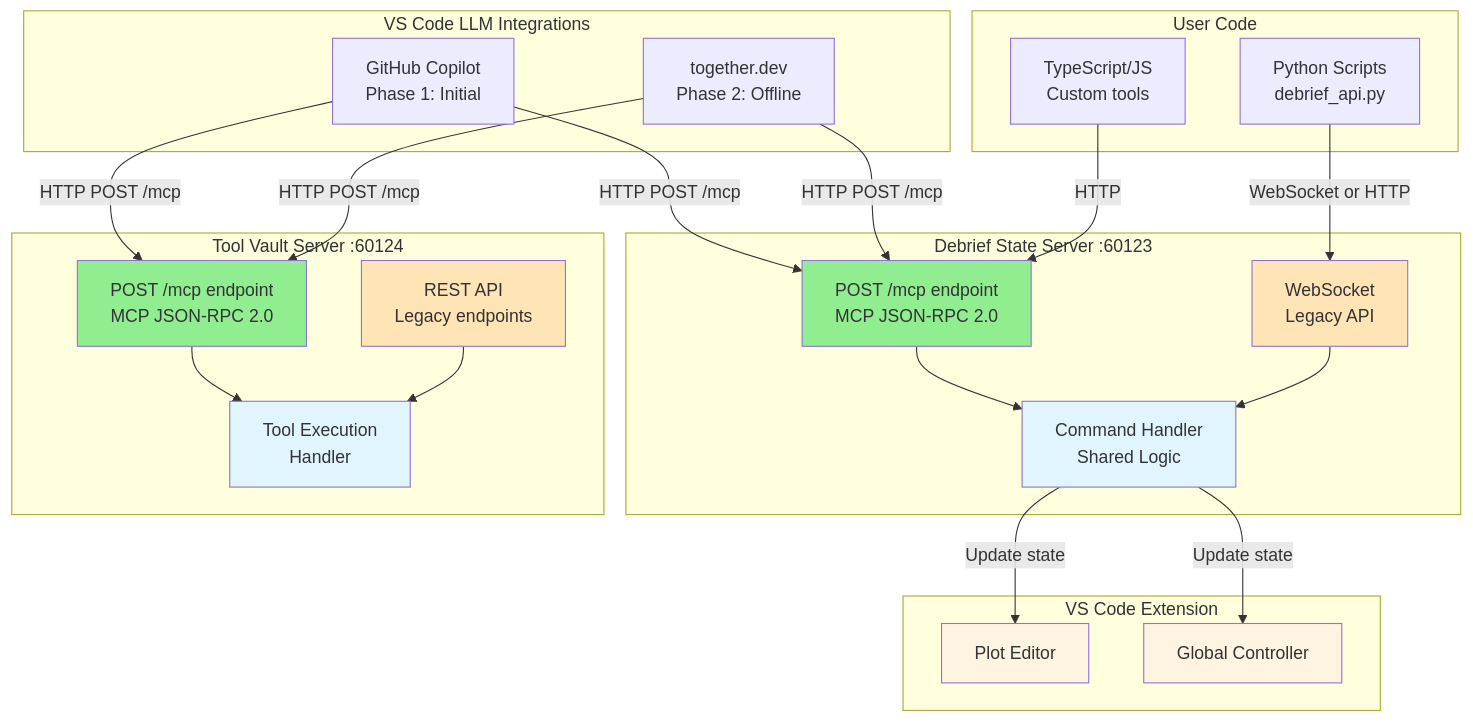
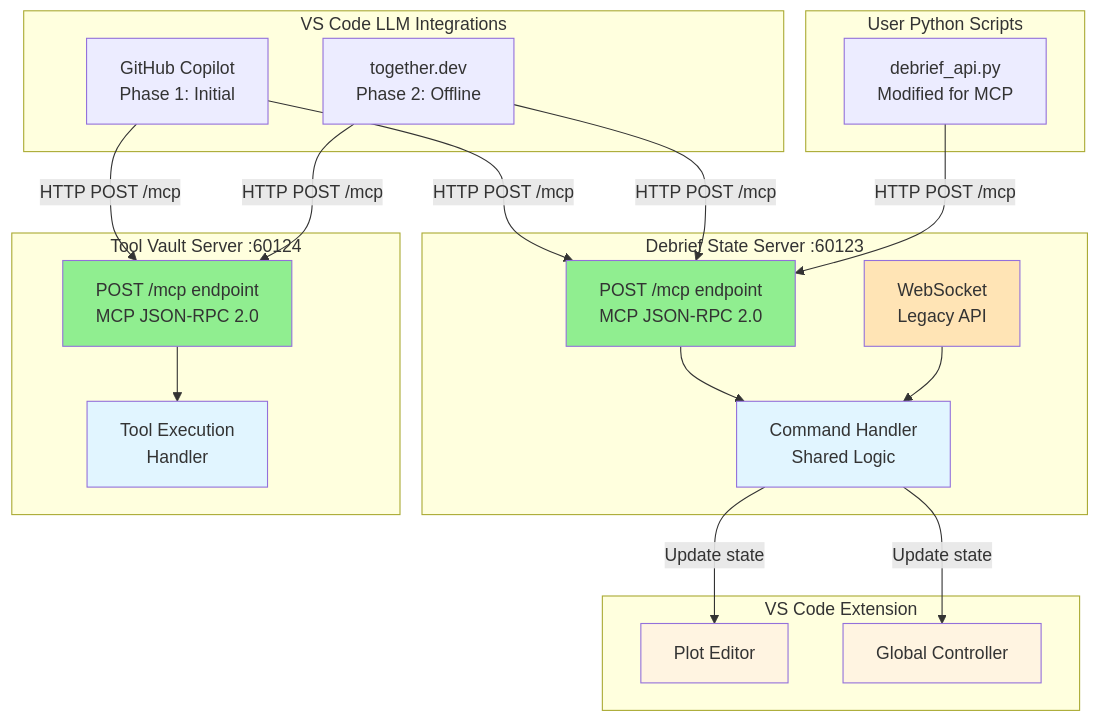
The first of 2 diagrams in docs/llm-integration-architecture.md (debrief/future-debrief), drawn with Mermaid before and after one commit. The commit also changed other lines of this file, not shown here.

First line of the commit message:
refactor: Simplify architecture - MCP-only Tool Vault, Python scripts via MCP

````diff
--- a/docs/llm-integration-architecture.md
+++ b/docs/llm-integration-architecture.md
@@ -241,54 +241,49 @@
 ```mermaid
 graph TB
     subgraph "VS Code LLM Integrations"
         GH["GitHub Copilot<br/>Phase 1: Initial"]
         TOG["together.dev<br/>Phase 2: Offline"]
     end
 
     subgraph "Debrief State Server :60123"
         MCP_DS["POST /mcp endpoint<br/>MCP JSON-RPC 2.0"]
         WS["WebSocket<br/>Legacy API"]
         HANDLER_DS["Command Handler<br/>Shared Logic"]
     end
 
     subgraph "Tool Vault Server :60124"
         MCP_TV["POST /mcp endpoint<br/>MCP JSON-RPC 2.0"]
-        REST_TV["REST API<br/>Legacy endpoints"]
         HANDLER_TV["Tool Execution<br/>Handler"]
     end
 
     subgraph "VS Code Extension"
         PE["Plot Editor"]
         GM["Global Controller"]
     end
 
-    subgraph "User Code"
-        PYSCRIPT["Python Scripts<br/>debrief_api.py"]
-        TSCODE["TypeScript/JS<br/>Custom tools"]
+    subgraph "User Python Scripts"
+        PYSCRIPT["debrief_api.py<br/>Modified for MCP"]
     end
 
     GH -->|HTTP POST /mcp| MCP_DS
     GH -->|HTTP POST /mcp| MCP_TV
     TOG -->|HTTP POST /mcp| MCP_DS
     TOG -->|HTTP POST /mcp| MCP_TV
 
     MCP_DS --> HANDLER_DS
     WS --> HANDLER_DS
-    PYSCRIPT -->|WebSocket or HTTP| WS
-    TSCODE -->|HTTP| MCP_DS
+    PYSCRIPT -->|HTTP POST /mcp| MCP_DS
 
     MCP_TV --> HANDLER_TV
-    REST_TV --> HANDLER_TV
 
     HANDLER_DS -->|Update state| PE
     HANDLER_DS -->|Update state| GM
 
     style MCP_DS fill:#90EE90
     style MCP_TV fill:#90EE90
     style HANDLER_DS fill:#e1f5ff
     style HANDLER_TV fill:#e1f5ff
     style WS fill:#FFE4B5
-    style REST_TV fill:#FFE4B5
     style PE fill:#fff4e1
     style GM fill:#fff4e1
 ```
````
